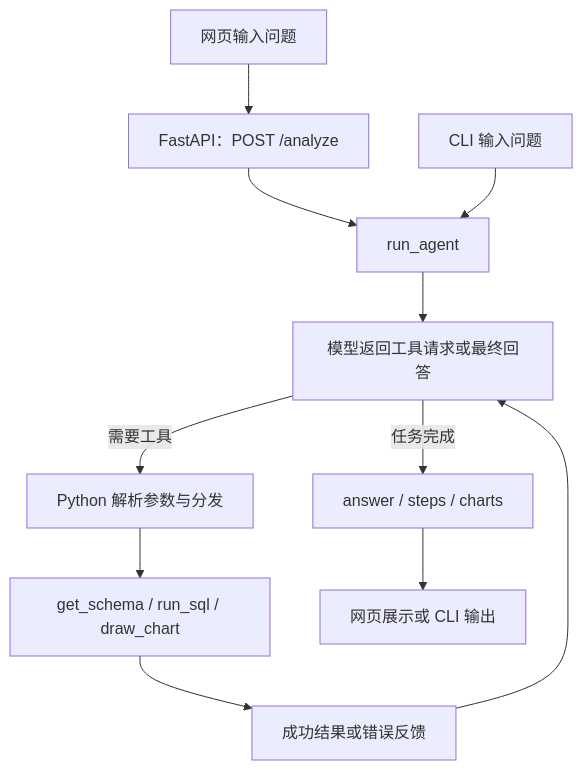
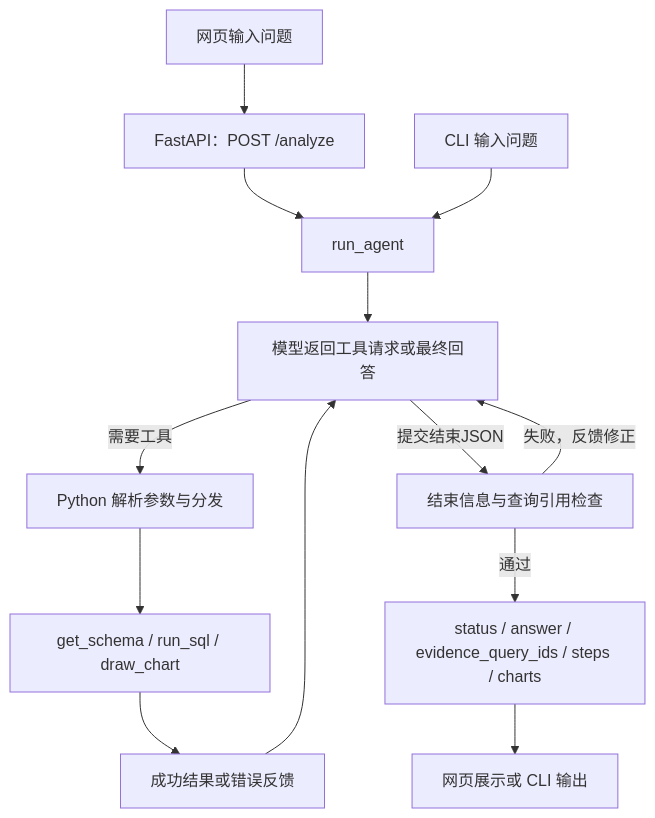
The diagram in README.md (Lishaoxin/business-analysis-agent), drawn with Mermaid before and after one commit. The commit also changed other lines of this file and 6 other files, not shown here.

````diff
--- a/README.md
+++ b/README.md
@@ -15,13 +16,15 @@
 ```mermaid
 flowchart TD
     U["网页输入问题"] --> H["FastAPI：POST /analyze"]
     H --> A["run_agent"]
     C["CLI 输入问题"] --> A
     A --> M["模型返回工具请求或最终回答"]
     M -->|需要工具| P["Python 解析参数与分发"]
     P --> T["get_schema / run_sql / draw_chart"]
     T --> F["成功结果或错误反馈"]
     F --> M
-    M -->|任务完成| R["answer / steps / charts"]
+    M -->|提交结束JSON| E["结束信息与查询引用检查"]
+    E -->|通过| R["status / answer / evidence_query_ids / steps / charts"]
+    E -->|失败，反馈修正| M
     R --> V["网页展示或 CLI 输出"]
 ```
````
